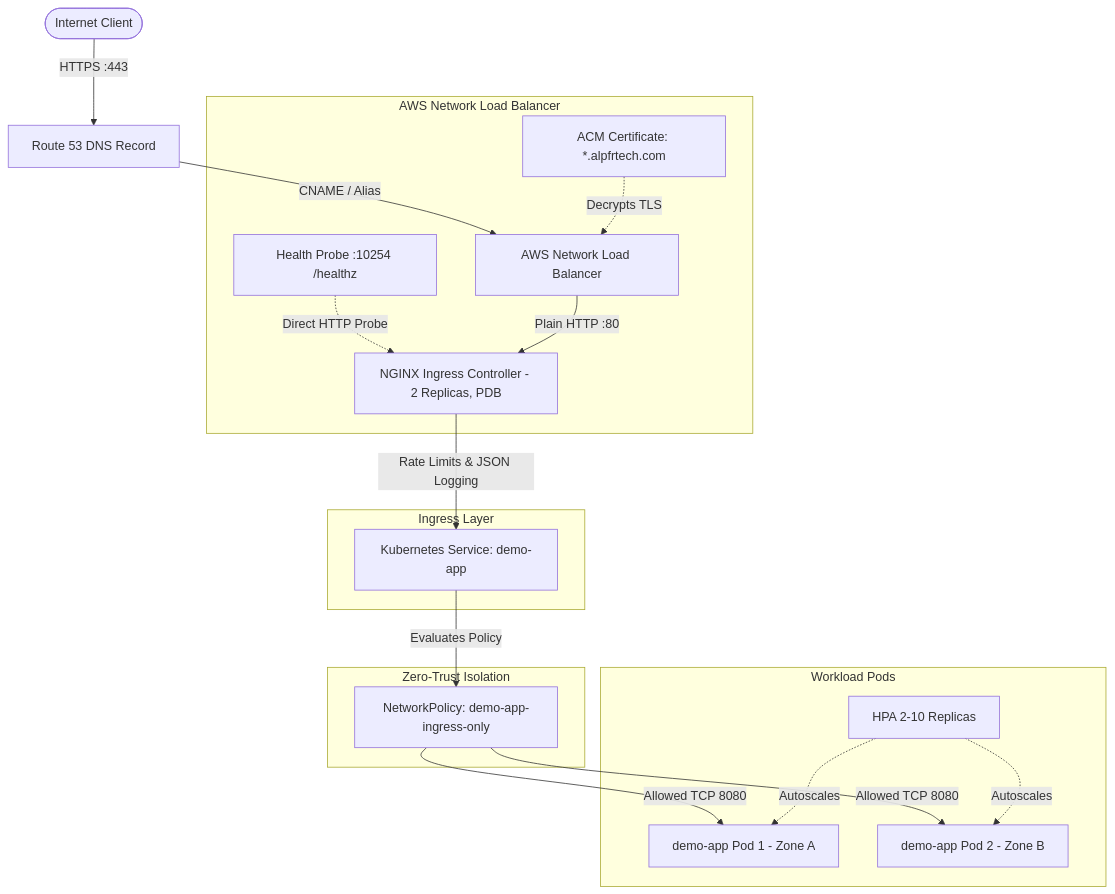
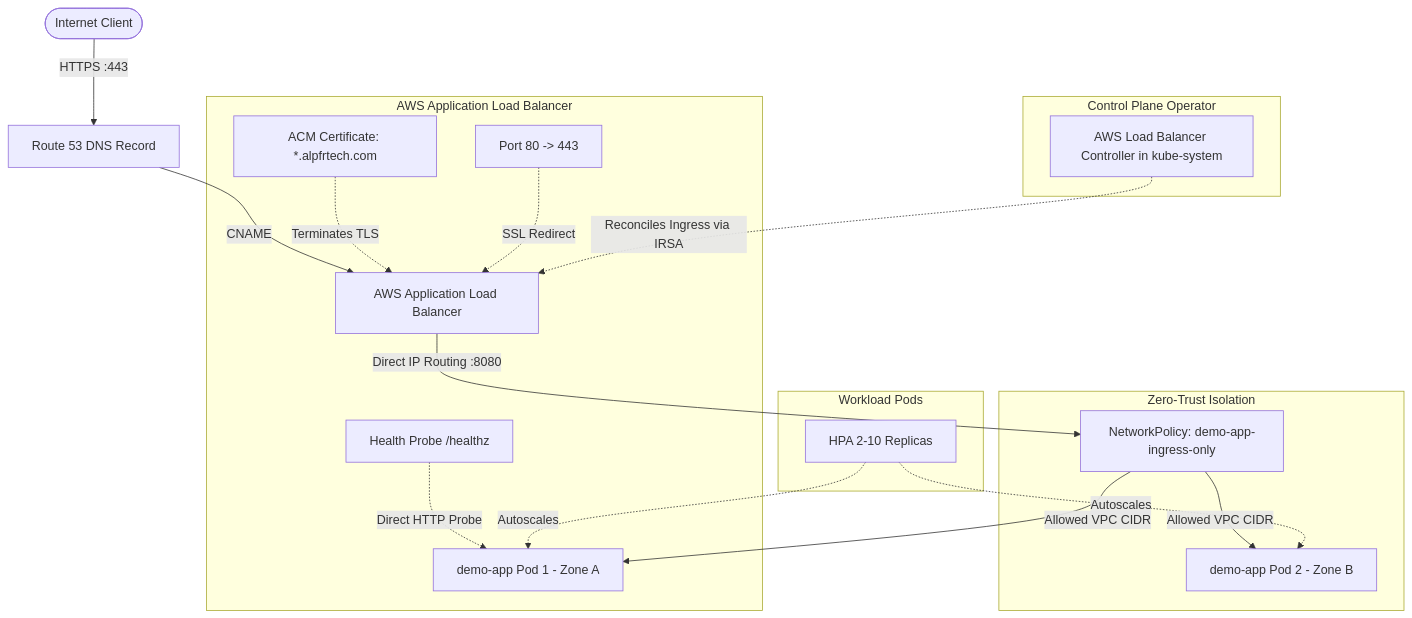
The diagram in README.md (alpfr/dns-lb-ingress-service-pods), drawn with Mermaid before and after one commit. The commit also changed other lines of this file and 9 other files, not shown here.

Commit message:
feat: migrate from worker-node Ingress-NGINX to control plane AWS ALB Ingress Controller

````diff
--- a/README.md
+++ b/README.md
@@ -86,22 +77,22 @@
 ```mermaid
 graph TD
     Client([Internet Client]) -->|HTTPS :443| R53[Route 53 DNS Record]
-    R53 -->|CNAME / Alias| NLB[AWS Network Load Balancer]
-    subgraph AWS Network Load Balancer
-        ACM[ACM Certificate: *.alpfrtech.com] -.->|Decrypts TLS| NLB
-        Probe[Health Probe :10254 /healthz] -.->|Direct HTTP Probe| NGINX
+    R53 -->|CNAME| ALB[AWS Application Load Balancer]
+    subgraph AWS Application Load Balancer
+        ACM[ACM Certificate: *.alpfrtech.com] -.->|Terminates TLS| ALB
+        Redirect[Port 80 -> 443] -.->|SSL Redirect| ALB
+        Probe[Health Probe /healthz] -.->|Direct HTTP Probe| Pod1
     end
-    NLB -->|Plain HTTP :80| NGINX[NGINX Ingress Controller - 2 Replicas, PDB]
-    subgraph Ingress Layer
-        NGINX -->|Rate Limits & JSON Logging| Svc[Kubernetes Service: demo-app]
-    end
+    ALB -->|Direct IP Routing :8080| NP[NetworkPolicy: demo-app-ingress-only]
     subgraph Zero-Trust Isolation
-        Svc -->|Evaluates Policy| NP[NetworkPolicy: demo-app-ingress-only]
+        NP -->|Allowed VPC CIDR| Pod1[demo-app Pod 1 - Zone A]
+        NP -->|Allowed VPC CIDR| Pod2[demo-app Pod 2 - Zone B]
     end
     subgraph Workload Pods
-        NP -->|Allowed TCP 8080| Pod1[demo-app Pod 1 - Zone A]
-        NP -->|Allowed TCP 8080| Pod2[demo-app Pod 2 - Zone B]
         HPA[HPA 2-10 Replicas] -.->|Autoscales| Pod1
         HPA -.->|Autoscales| Pod2
     end
+    subgraph Control Plane Operator
+        ALBController[AWS Load Balancer Controller in kube-system] -.->|Reconciles Ingress via IRSA| ALB
+    end
 ```
````
